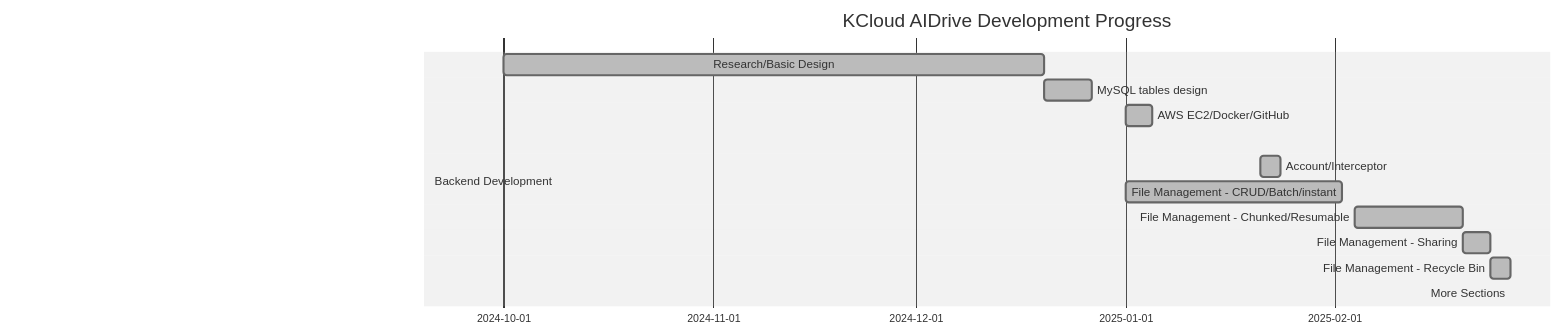
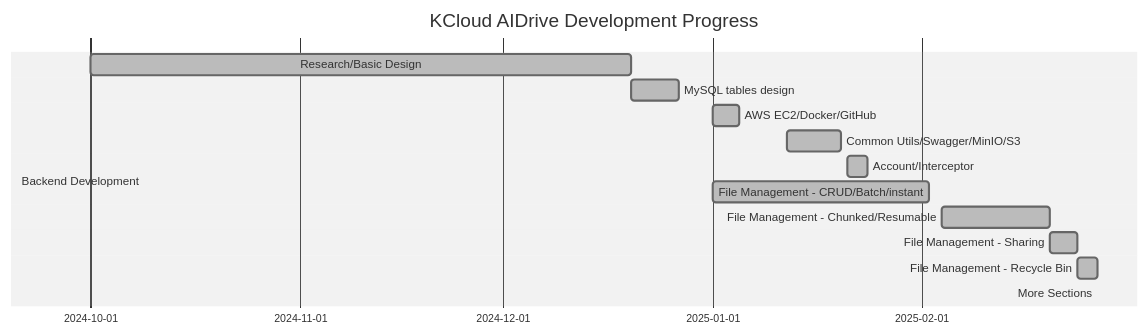
One commit to kaikang-sde/kcloud_aidrive changed the first of 2 diagrams in README.md. Above: the diagram before and after it, drawn with Mermaid (neutral theme).

````diff
--- a/README.md
+++ b/README.md
@@ -27,21 +27,21 @@
 ```mermaid
 gantt
     title KCloud AIDrive Development Progress
     dateFormat  YYYY-MM-DD
     section Backend Development
       Research/Basic Design                 :done, design, 2024-10-01, 2024-12-20
       MySQL tables design                   :done, db, 2024-12-20, 2024-12-27
       AWS EC2/Docker/GitHub                 :done, setup, 2025-01-01, 2025-01-05
-      Common Utils/Swagger/MinIO/S3         :done, utils, 2025-01-12, 2024-01-20
+      Common Utils/Swagger/MinIO/S3         :done, utils, 2025-01-12, 2025-01-20
       Account/Interceptor                   :done, account, 2025-01-21, 2025-01-24
       File Management - CRUD/Batch/instant  :done, basic, 2025-01-01, 2025-02-02
       File Management - Chunked/Resumable   :done, chunked, 2025-02-04, 2025-02-20
       File Management - Sharing             :done, sharing, 2025-02-20, 2025-02-24
       File Management - Recycle Bin         :done, recycle, 2025-02-24, 2025-02-27
       More Sections                         :after trash
     section Frontend Development
         
     section AI Model Development
 
     section Deployment & Optimization
 ```
````
